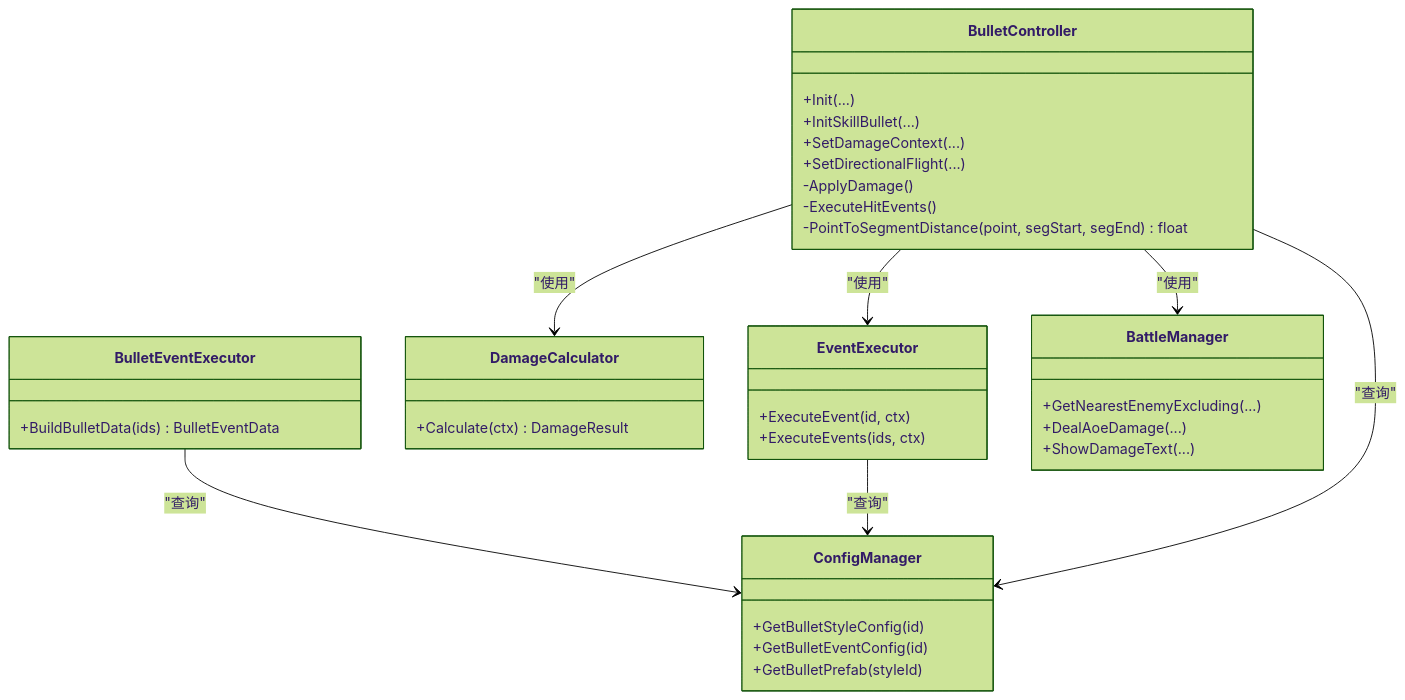
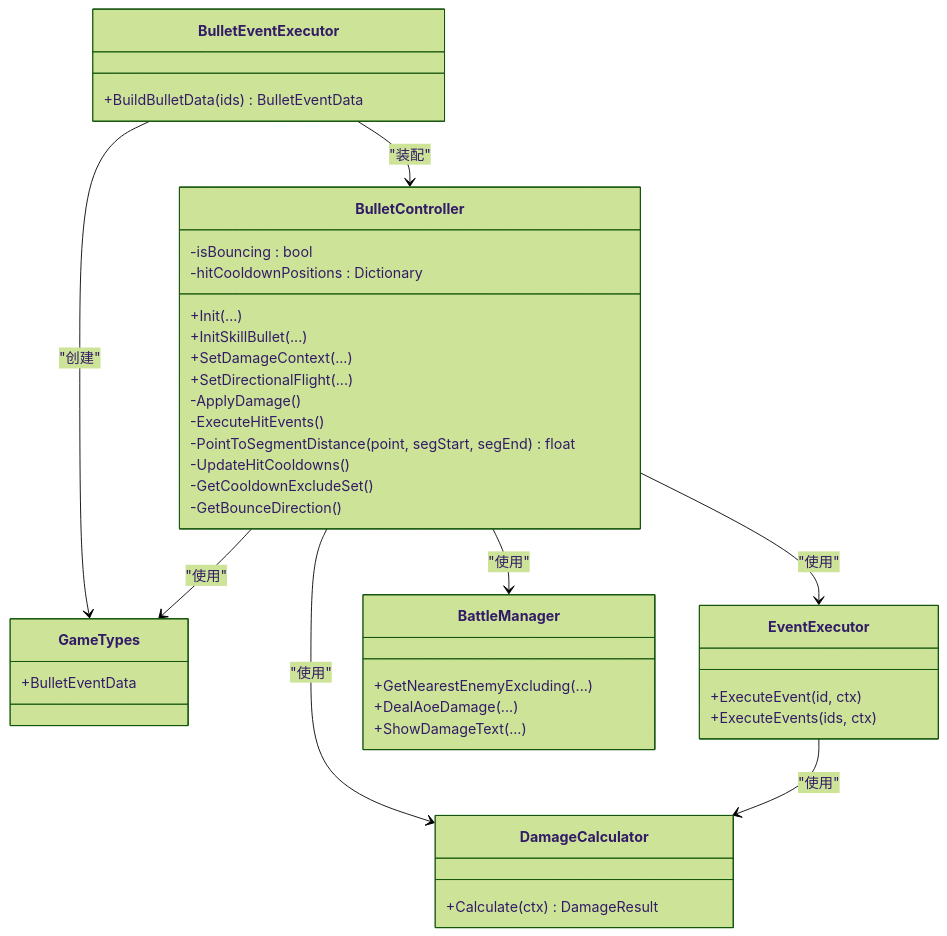
One commit to Tuusen/p1_client changed the fifth of 5 diagrams in .qoder/repowiki/zh/content/战斗系统/弹幕系统.md. Above: the diagram before and after it, drawn with Mermaid (forest theme). The commit also changed other lines of this file and 13 other files, not shown here.

````diff
--- a/.qoder/repowiki/zh/content/战斗系统/弹幕系统.md
+++ b/.qoder/repowiki/zh/content/战斗系统/弹幕系统.md
@@ -321,38 +356,42 @@
 ```mermaid
 classDiagram
 class BulletController {
 +Init(...)
 +InitSkillBullet(...)
 +SetDamageContext(...)
 +SetDirectionalFlight(...)
 -ApplyDamage()
 -ExecuteHitEvents()
 -PointToSegmentDistance(point, segStart, segEnd) float
+-isBouncing : bool
+-hitCooldownPositions : Dictionary
+-UpdateHitCooldowns()
+-GetCooldownExcludeSet()
+-GetBounceDirection()
 }
 class BulletEventExecutor {
 +BuildBulletData(ids) BulletEventData
+}
+class GameTypes {
++BulletEventData
 }
 class DamageCalculator {
 +Calculate(ctx) DamageResult
 }
 class EventExecutor {
 +ExecuteEvent(id, ctx)
 +ExecuteEvents(ids, ctx)
-}
-class ConfigManager {
-+GetBulletStyleConfig(id)
-+GetBulletEventConfig(id)
-+GetBulletPrefab(styleId)
 }
 class BattleManager {
 +GetNearestEnemyExcluding(...)
 +DealAoeDamage(...)
 +ShowDamageText(...)
 }
 BulletController --> BattleManager : "使用"
 BulletController --> DamageCalculator : "使用"
 BulletController --> EventExecutor : "使用"
-BulletEventExecutor --> ConfigManager : "查询"
-EventExecutor --> ConfigManager : "查询"
-BulletController --> ConfigManager : "查询"
+BulletEventExecutor --> GameTypes : "创建"
+BulletEventExecutor --> BulletController : "装配"
+EventExecutor --> DamageCalculator : "使用"
+BulletController --> GameTypes : "使用"
 ```
````
